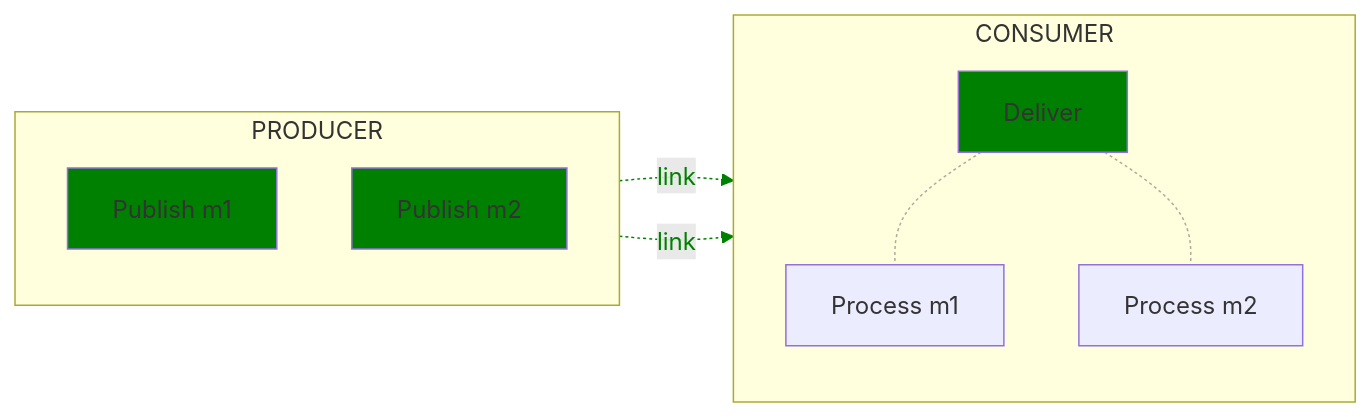
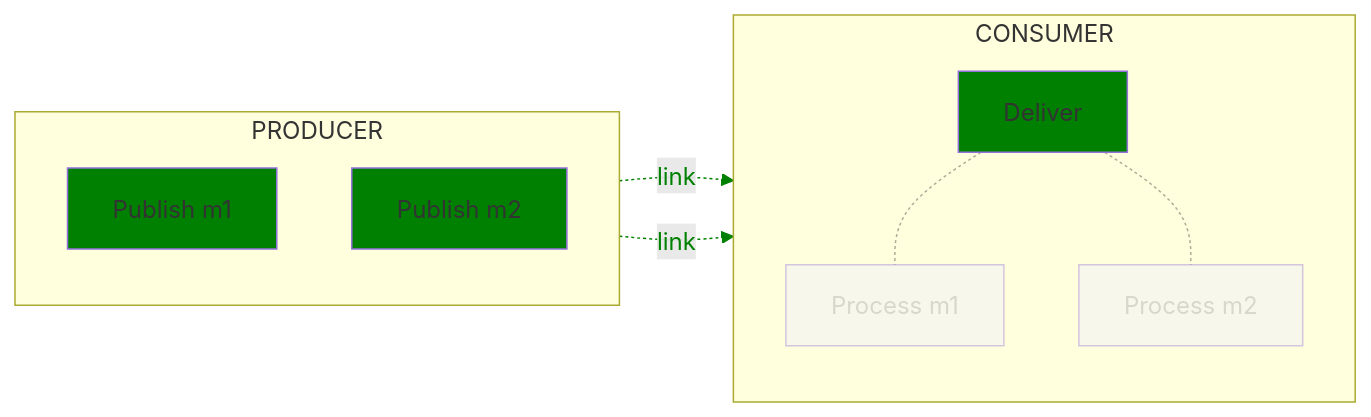
Before and after one commit to open-telemetry/oteps: the tenth of 13 diagrams in text/trace/0220-messaging-semantic-conventions-span-structure.md, drawn with Mermaid. The commit also changed other lines of this file, not shown here.

````diff
--- a/text/trace/0220-messaging-semantic-conventions-span-structure.md
+++ b/text/trace/0220-messaging-semantic-conventions-span-structure.md
@@ -482,22 +479,22 @@
 ```mermaid
 flowchart LR;
   subgraph PRODUCER
   direction TB
   PM1[Publish m1]
   PM2[Publish m2]
   end
   subgraph CONSUMER
   direction TB
   D[Deliver]-.-PRM1[Process m1]
   D-.-PRM2[Process m2]
   end
   PM1-. link .->D;
   PM2-. link .->D;
 
   classDef normal fill:green
   class PM1,PM2,D normal
   classDef additional opacity:0.4
-  class additional PRM1,PRM2
+  class PRM1,PRM2 additional
   linkStyle 0,1 opacity:0.4
   linkStyle 2,3 color:green,stroke:green
 ```
````
